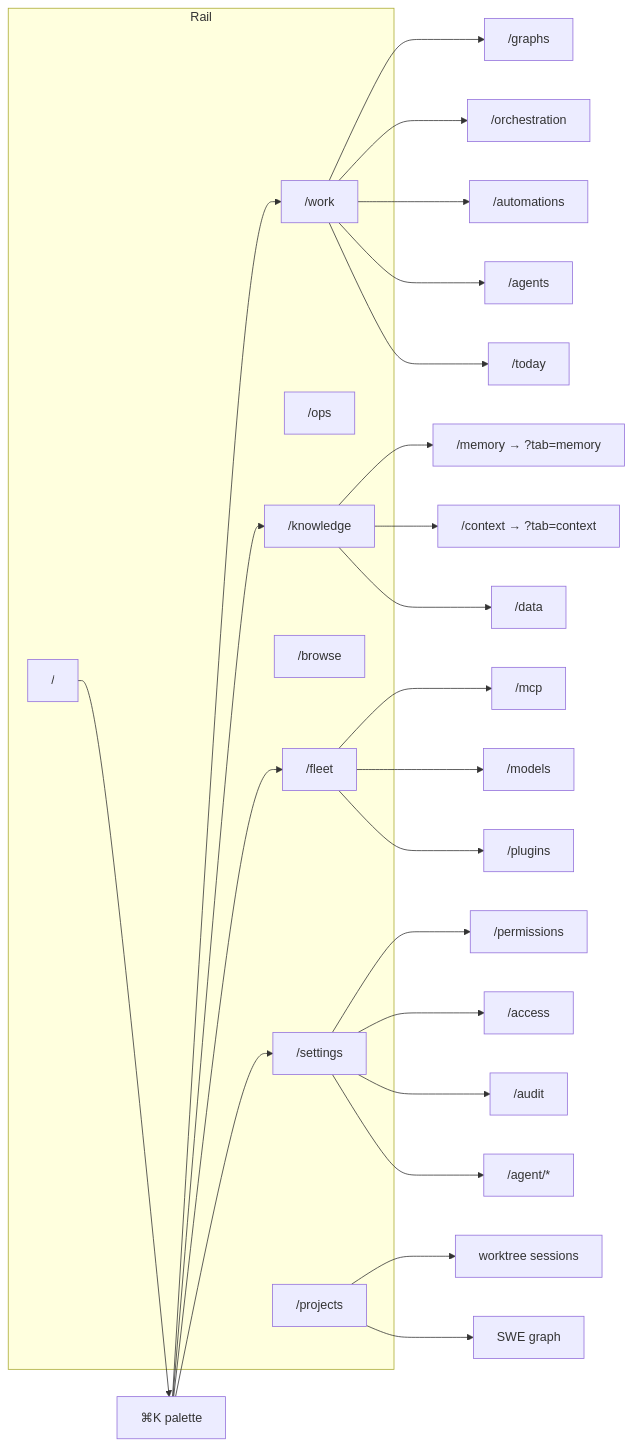
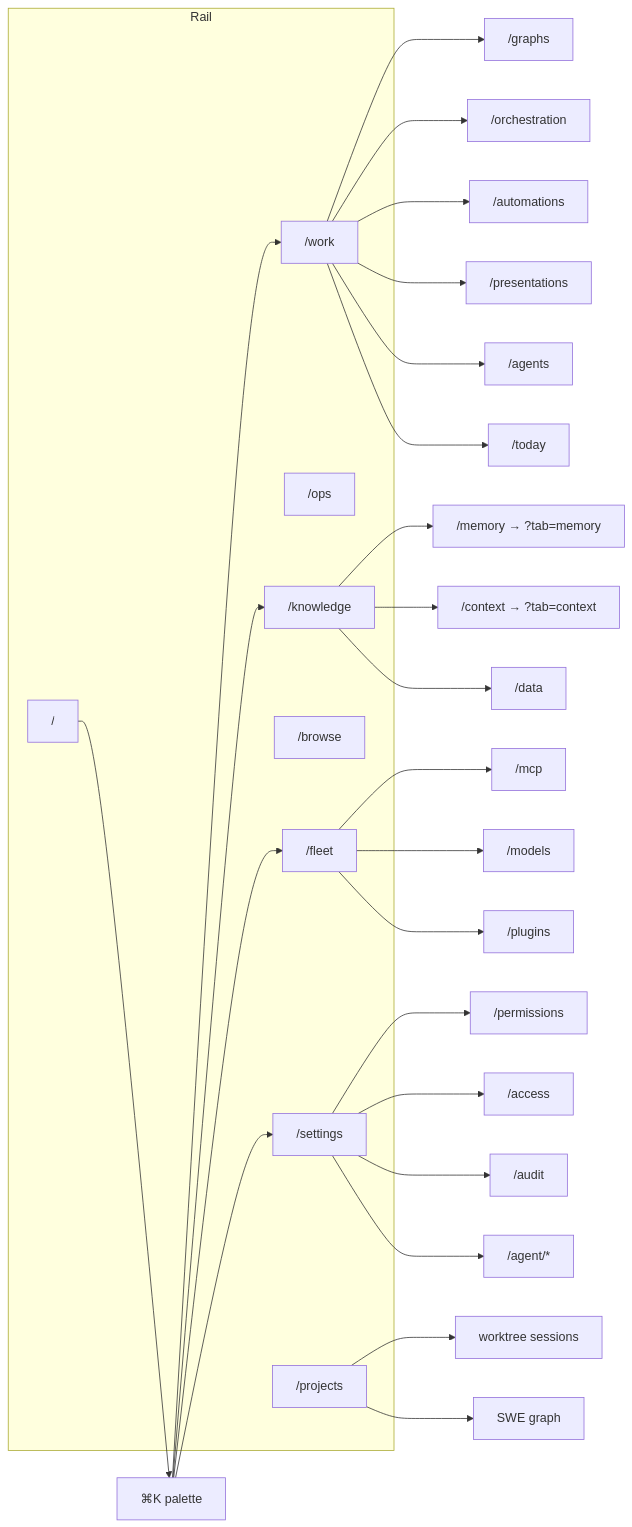
The first of 5 diagrams in docs/architecture.md (TheProductArchitect/localmind), drawn with Mermaid before and after one commit. The commit also changed other lines of this file and 78 other files, not shown here.

````diff
--- a/docs/architecture.md
+++ b/docs/architecture.md
@@ -8,40 +10,41 @@
 ```mermaid
 flowchart LR
   subgraph Rail
     Chat["/"]
     Work["/work"]
     Ops["/ops"]
     Projects["/projects"]
     Browse["/browse"]
     Knowledge["/knowledge"]
     Fleet["/fleet"]
     Settings["/settings"]
   end
 
   Work --> Graphs["/graphs"]
   Work --> Orch["/orchestration"]
   Work --> Auto["/automations"]
+  Work --> Presentations["/presentations"]
   Work --> Agents["/agents"]
   Work --> Today["/today"]
   Projects --> Sessions["worktree sessions"]
   Projects --> Swe["SWE graph"]
 
   Knowledge --> Memory["/memory → ?tab=memory"]
   Knowledge --> Context["/context → ?tab=context"]
   Knowledge --> Data["/data"]
 
   Fleet --> MCP["/mcp"]
   Fleet --> Models["/models"]
   Fleet --> Plugins["/plugins"]
 
   Settings --> Perms["/permissions"]
   Settings --> Access["/access"]
   Settings --> Audit["/audit"]
   Settings --> AgentCfg["/agent/*"]
 
   Chat --> CmdK["⌘K palette"]
   CmdK --> Work
   CmdK --> Knowledge
   CmdK --> Fleet
   CmdK --> Settings
 ```
````
